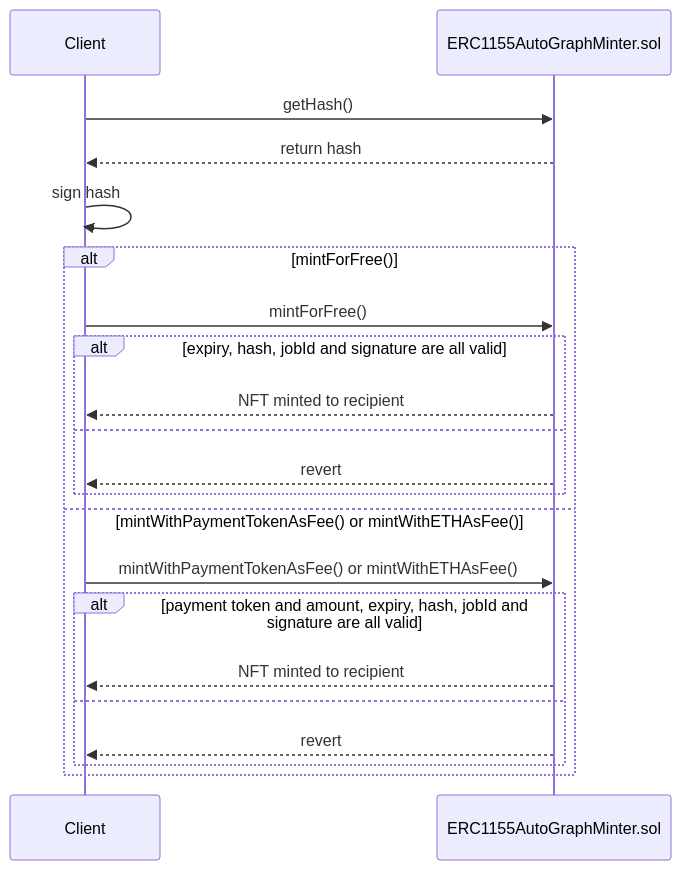
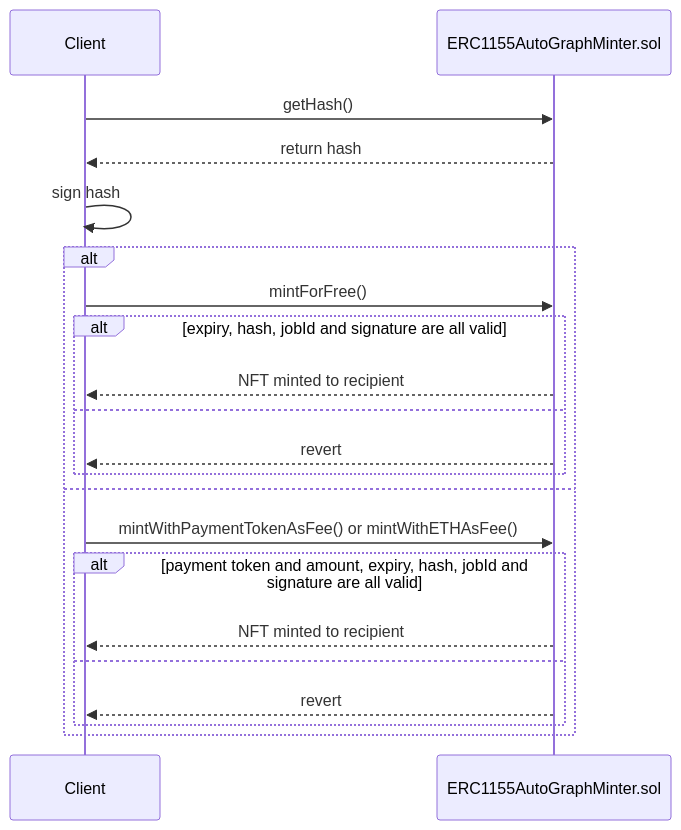
The diagram in doc/features/Crafting.md (ZTX-Foundation/tuxedo), drawn with Mermaid before and after one commit. The commit also changed 1 other file, not shown here.

Commit message:
chore: sequence diagram updates

````diff
--- a/doc/features/Crafting.md
+++ b/doc/features/Crafting.md
@@ -28,24 +28,24 @@
 ```mermaid
 sequenceDiagram
     participant Client
     participant ERC1155AutoGraphMinter.sol
     Client->>ERC1155AutoGraphMinter.sol: getHash()
     ERC1155AutoGraphMinter.sol-->>Client: return hash
     Client->>Client: sign hash
     
-    alt mintForFree()
+    alt
         Client->>ERC1155AutoGraphMinter.sol: mintForFree()
         alt expiry, hash, jobId and signature are all valid
             ERC1155AutoGraphMinter.sol-->>Client: NFT minted to recipient
         else
             ERC1155AutoGraphMinter.sol-->>Client: revert
         end
-    else mintWithPaymentTokenAsFee() or mintWithETHAsFee()
+    else
         Client->>ERC1155AutoGraphMinter.sol: mintWithPaymentTokenAsFee() or mintWithETHAsFee()
         alt payment token and amount, expiry, hash, jobId and signature are all valid
             ERC1155AutoGraphMinter.sol-->>Client: NFT minted to recipient
         else
             ERC1155AutoGraphMinter.sol-->>Client: revert
         end
     end
 ```
````
